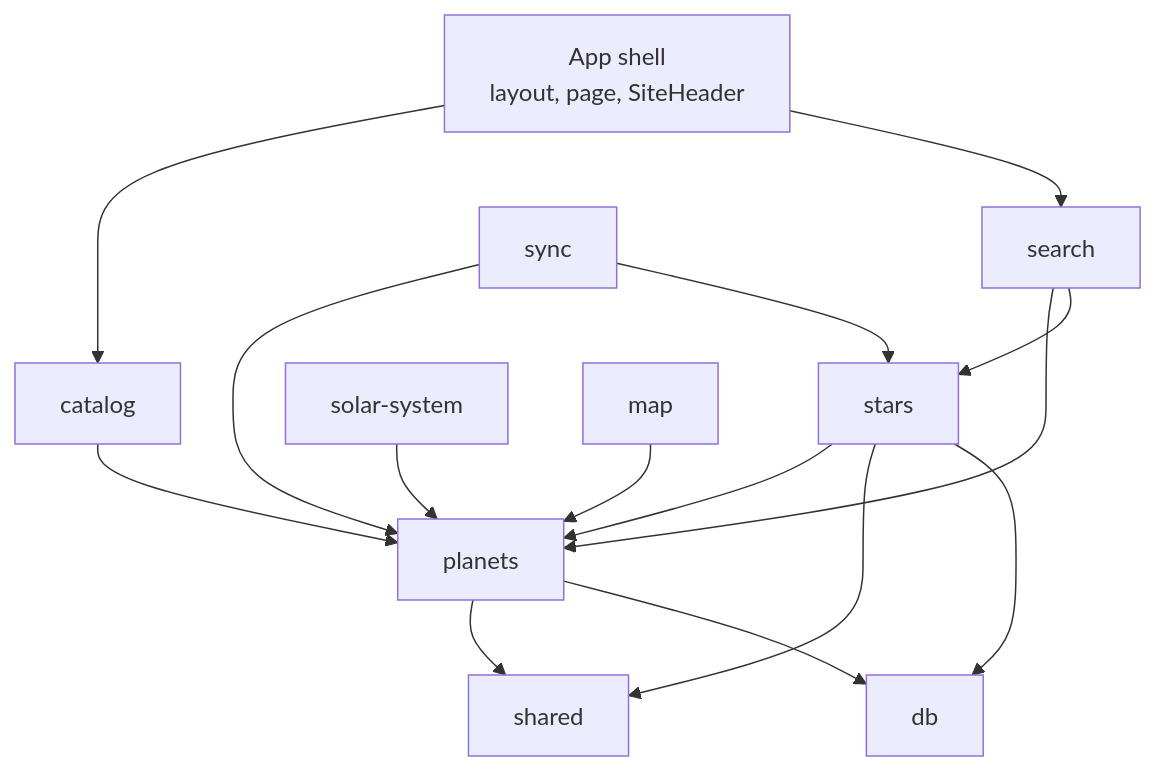
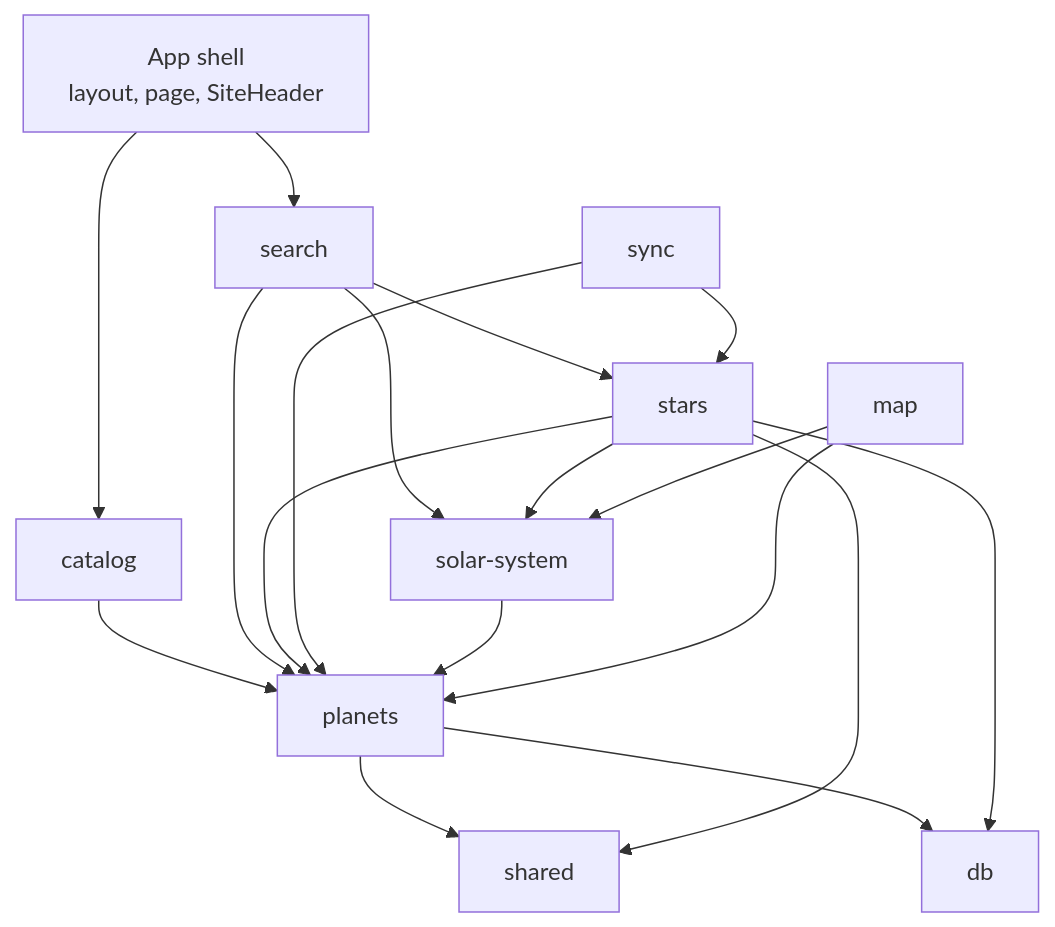
The fifth of 12 diagrams in docs/ARCHITECTURE.md (tomdevtech/ExoAtlas), drawn with Mermaid before and after one commit. The commit also changed other lines of this file and 79 other files, not shown here.

````diff
--- a/docs/ARCHITECTURE.md
+++ b/docs/ARCHITECTURE.md
@@ -237,28 +238,31 @@
 ```mermaid
 flowchart TD
     Shell[App shell<br>layout, page, SiteHeader]
     Catalog[catalog]
     Search[search]
     Stars[stars]
     Planets[planets]
     Sync[sync]
     Sol[solar-system]
     Map[map]
     Shared[shared]
     DB[db]
 
     Shell --> Catalog
     Shell --> Search
     Catalog --> Planets
     Search --> Planets
     Search --> Stars
     Stars --> Planets
     Sync --> Planets
     Sync --> Stars
     Sol --> Planets
+    Search --> Sol
+    Stars --> Sol
+    Map --> Sol
     Map --> Planets
     Planets --> Shared
     Planets --> DB
     Stars --> Shared
     Stars --> DB
 ```
````
